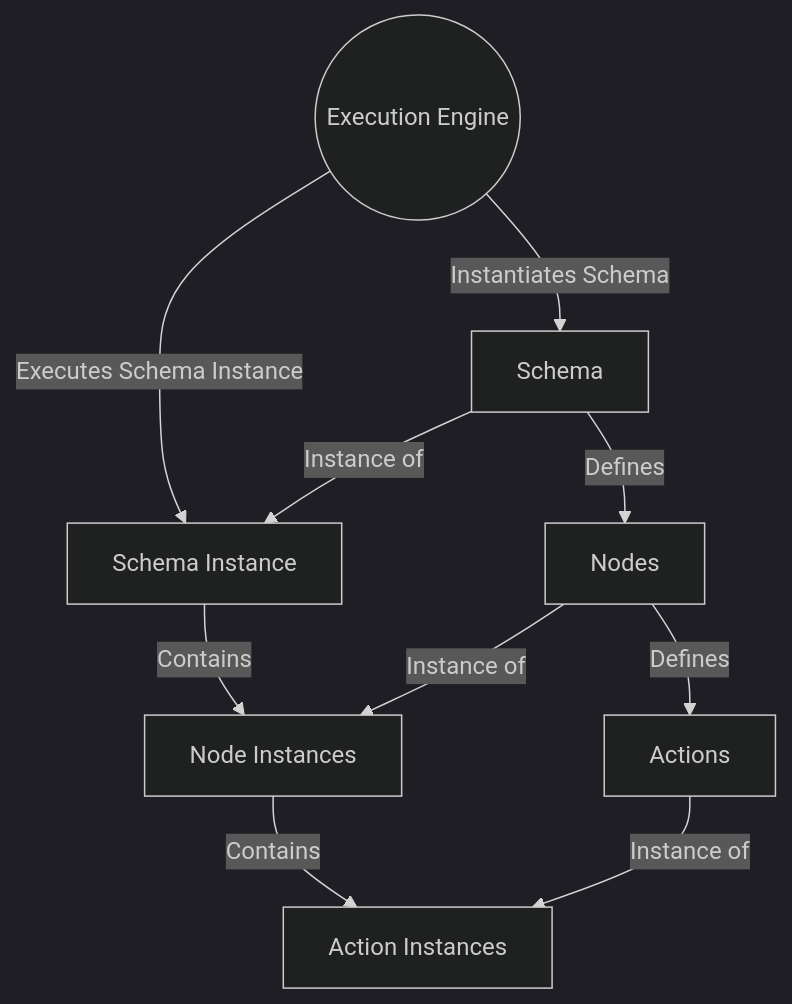
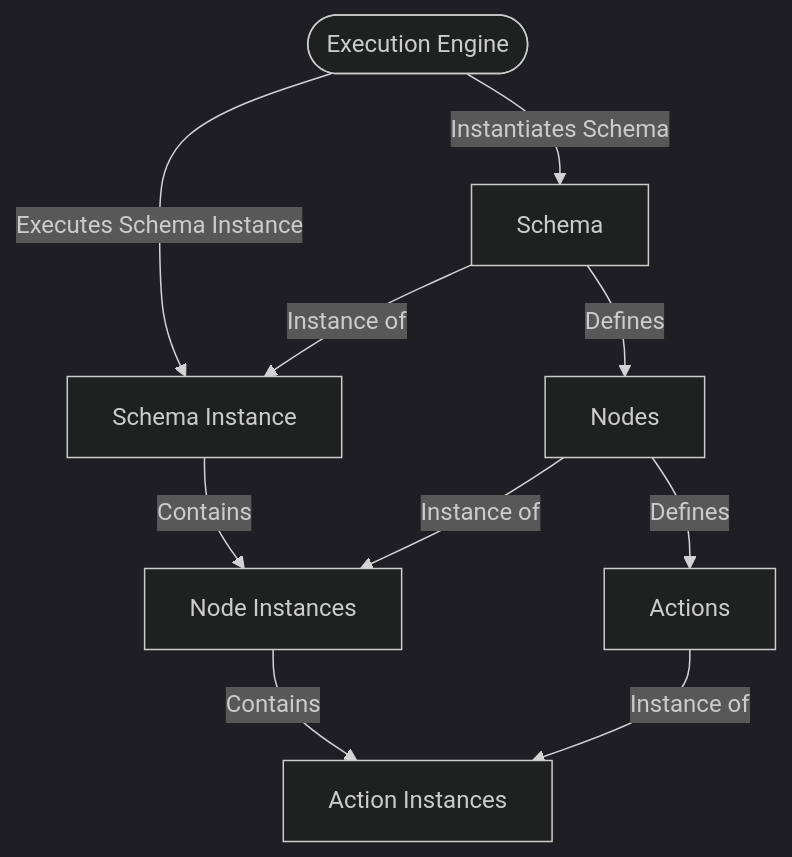
Before and after one commit to REAN-Foundation/workflow-service: the second of 2 diagrams in docs/schema/schema.md, drawn with Mermaid (dark theme). The commit also changed other lines of this file, not shown here.

Commit message:
Minor changes

````diff
--- a/docs/schema/schema.md
+++ b/docs/schema/schema.md
@@ -55,17 +55,17 @@
 ```mermaid
 graph TD;
-    SchemaExecutionEngine((Execution Engine)) -->|Executes Schema Instance| SchemaInstance[Schema Instance]
-    SchemaExecutionEngine((Execution Engine)) -->|Instantiates Schema| Schema[Schema Instance]
+    SchemaExecutionEngine([Execution Engine]) -->|Executes Schema Instance| SchemaInstance[Schema Instance]
+    SchemaExecutionEngine([Execution Engine]) -->|Instantiates Schema| Schema[Schema Instance]
     
     %% Parallel relationships
     Schema[Schema] -->|Defines| Node[Nodes]
     Node -->|Defines| Action[Actions]
     
     SchemaInstance -->|Contains| NodeInstance[Node Instances]
     NodeInstance -->|Contains| ActionInstance[Action Instances]
     
     %% Relationships between items and instances
     Schema -->|Instance of| SchemaInstance
     Node -->|Instance of| NodeInstance
     Action -->|Instance of| ActionInstance
 ```
````
